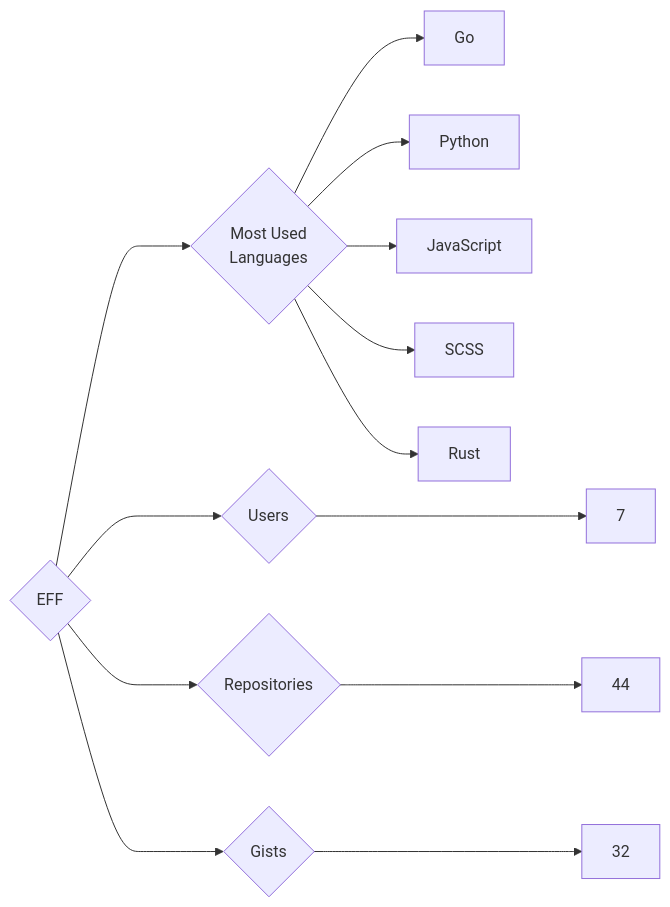
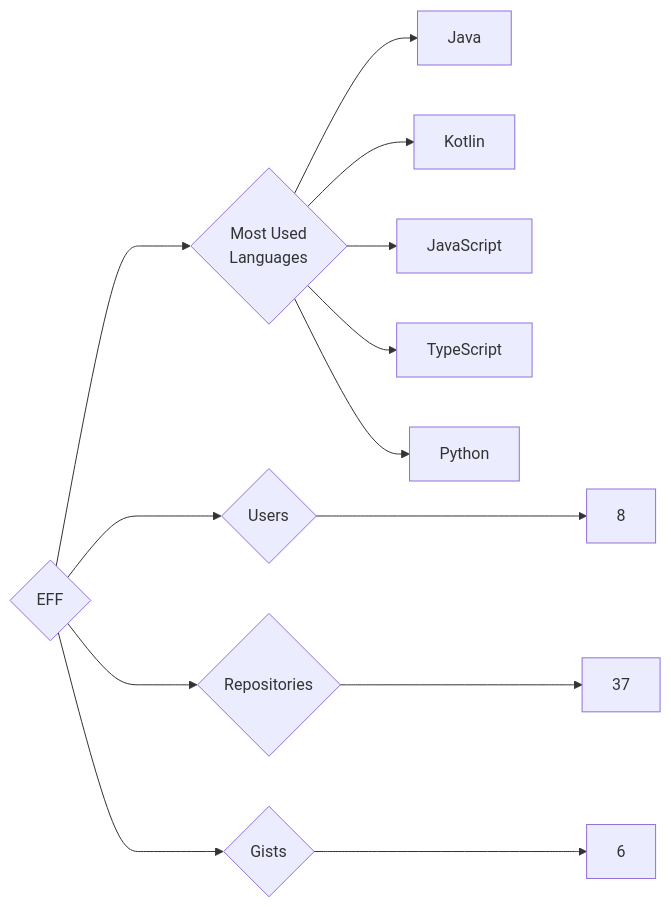
One commit to trickest/insiders changed the diagram in targets/EFF/README.md. Above: the diagram before and after it, drawn with Mermaid. The commit also changed 912 other files, not shown here.

````diff
--- a/targets/EFF/README.md
+++ b/targets/EFF/README.md
@@ -3,13 +3,13 @@
 ```mermaid
 graph LR
 COMPANY_NAME{EFF}
-COMPANY_NAME ---> U{Users} ---> UN[7]
-COMPANY_NAME ---> R{Repositories} ---> RN[44]
-COMPANY_NAME ---> G{Gists} ---> GN[32]
+COMPANY_NAME ---> U{Users} ---> UN[8]
+COMPANY_NAME ---> R{Repositories} ---> RN[37]
+COMPANY_NAME ---> G{Gists} ---> GN[6]
 COMPANY_NAME ---> ML{Most Used<br>Languages}
-ML --> Go[Go]
+ML --> Java[Java]
+ML --> Kotlin[Kotlin]
+ML --> JavaScript[JavaScript]
+ML --> TypeScript[TypeScript]
 ML --> Python[Python]
-ML --> JavaScript[JavaScript]
-ML --> SCSS[SCSS]
-ML --> Rust[Rust]
 ```
````
